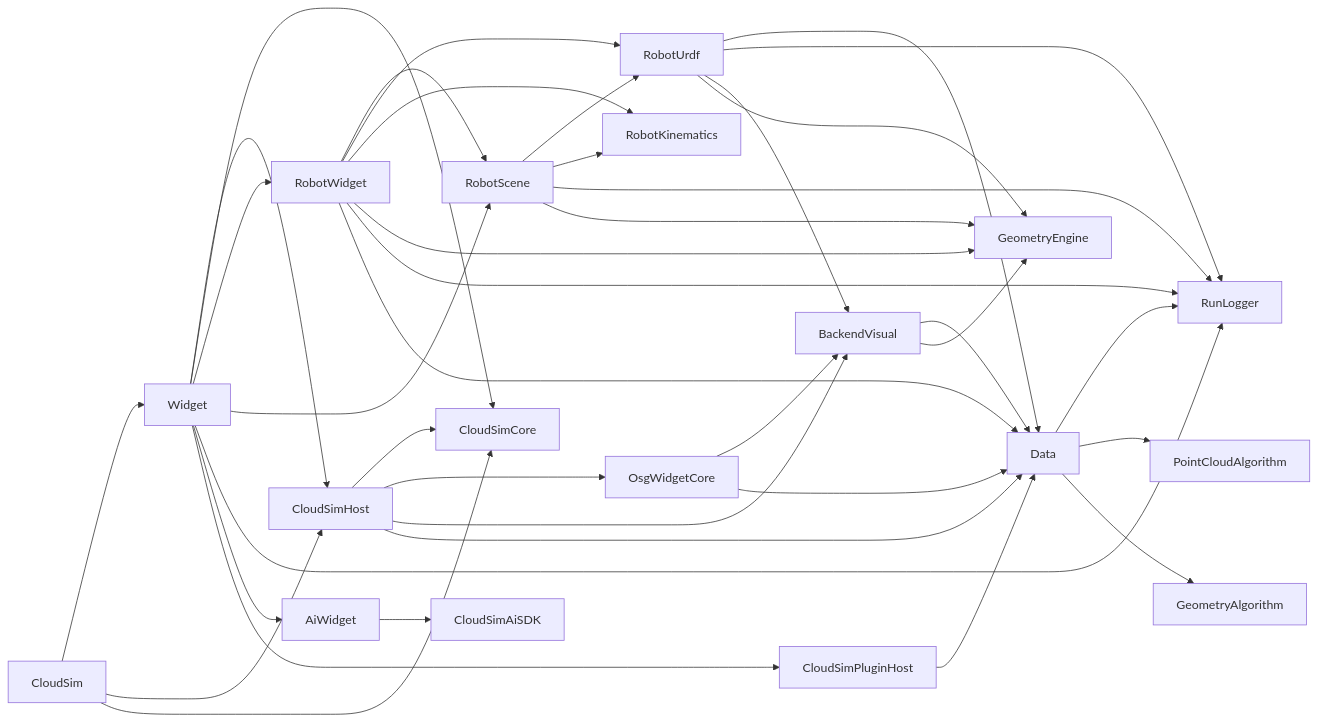
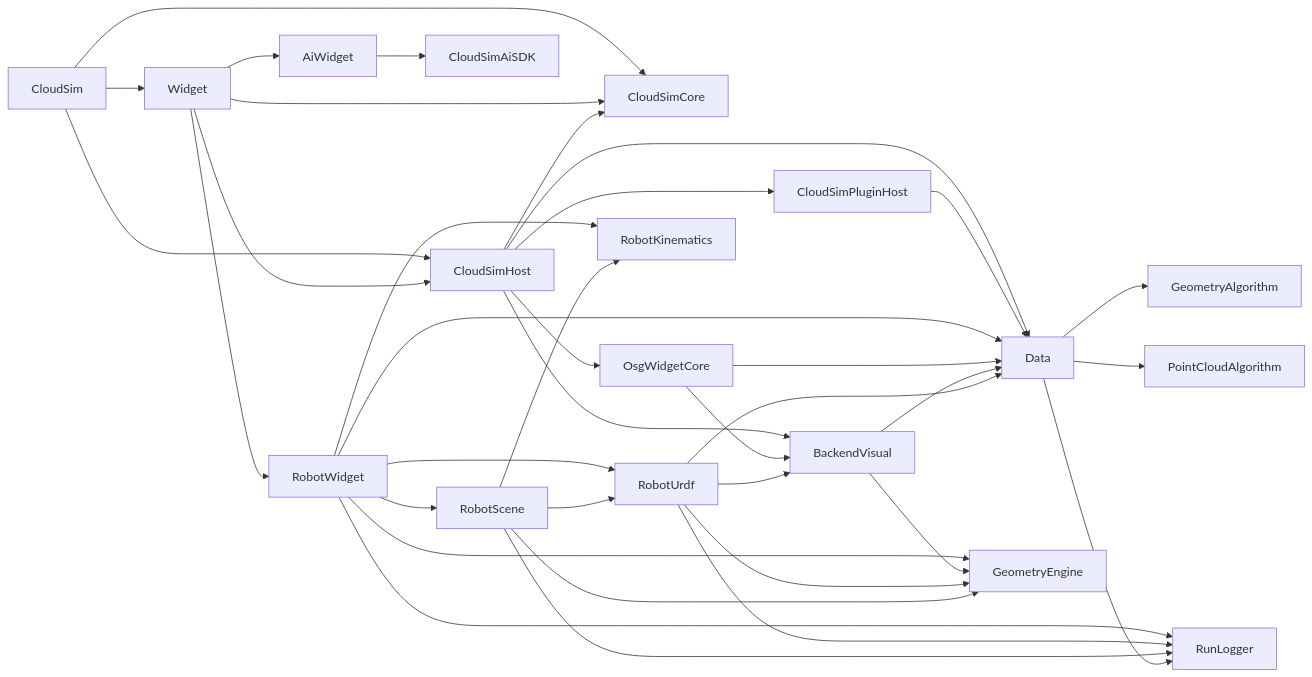
Before and after one commit to sanmunejdn/CloudSim: the fourth of 12 diagrams in ARCHITECTURE_SUMMARY.md, drawn with Mermaid. The commit also changed other lines of this file and 111 other files, not shown here.

````diff
--- a/ARCHITECTURE_SUMMARY.md
+++ b/ARCHITECTURE_SUMMARY.md
@@ -383,44 +389,42 @@
 ```mermaid
 flowchart LR
     CloudSim --> Widget
     CloudSim --> Host[CloudSimHost]
     CloudSim --> Core[CloudSimCore]
     Widget --> Host
     Widget --> Core
     Host --> Core
     Host --> OsgWidgetCore
     Host --> BackendVisual
     Host --> Data
     Widget --> RobotWidget
+    Widget --> AiWidget
+    AiWidget --> CloudSimAiSDK
+    Host --> CloudSimPluginHost
+    CloudSimPluginHost --> Data
     RobotWidget --> RobotScene
     RobotWidget --> RobotUrdf
     RobotWidget --> RobotKinematics
     RobotWidget --> GeometryEngine
     RobotWidget --> RunLogger
     RobotWidget --> Data
-    Widget --> RobotScene
-    Widget --> RunLogger
-    Widget --> AiWidget
-    AiWidget --> CloudSimAiSDK
-    Widget --> CloudSimPluginHost
-    CloudSimPluginHost --> Data
 
     OsgWidgetCore --> BackendVisual
     OsgWidgetCore --> Data
     BackendVisual --> Data
     BackendVisual --> GeometryEngine
 
     RobotUrdf --> Data
     RobotUrdf --> RunLogger
     RobotUrdf --> BackendVisual
     RobotUrdf --> GeometryEngine
 
     RobotScene --> RobotUrdf
     RobotScene --> RobotKinematics
     RobotScene --> RunLogger
     RobotScene --> GeometryEngine
 
     Data --> RunLogger
     Data --> PointCloudAlgorithm
     Data --> GeometryAlgorithm
 ```
````
